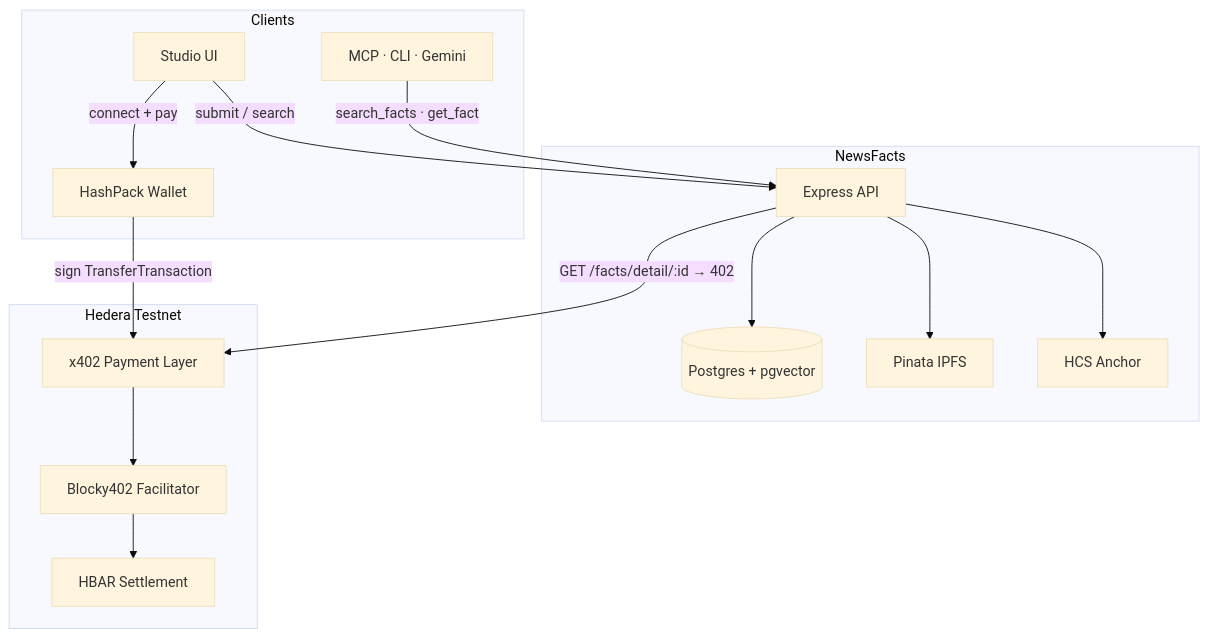
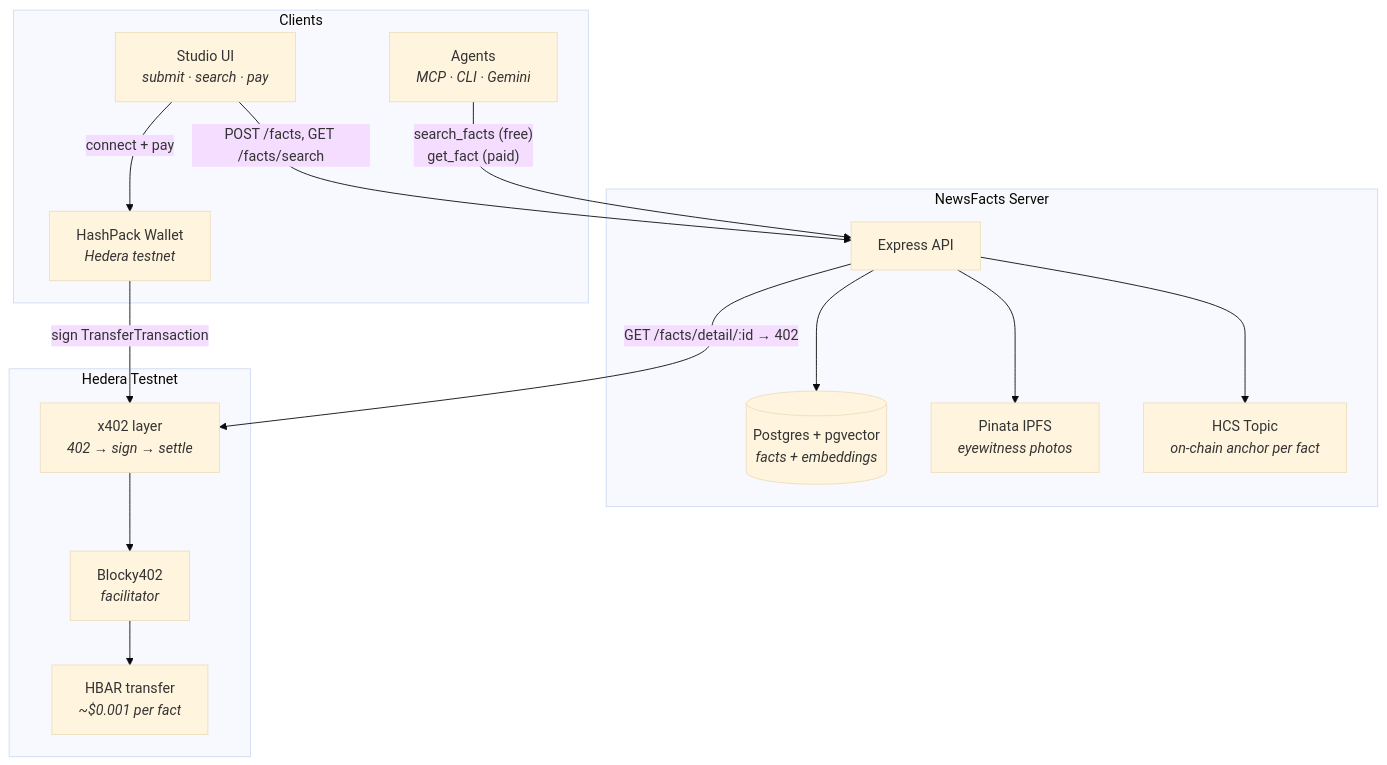
The diagram in README.md (Satianurag/newsfacts), drawn with Mermaid (base theme) before and after one commit. The commit also changed other lines of this file, not shown here.

First line of the commit message:
Expand README with project narrative, user flows, and API overview.

````diff
--- a/README.md
+++ b/README.md
@@ -13,32 +83,32 @@
 ```mermaid
 flowchart TB
   subgraph Clients
-    UI[Studio UI]
-    HP[HashPack Wallet]
-    Agent[MCP · CLI · Gemini]
+    UI["Studio UI<br/><i>submit · search · pay</i>"]
+    HP["HashPack Wallet<br/><i>Hedera testnet</i>"]
+    Agent["Agents<br/><i>MCP · CLI · Gemini</i>"]
   end
 
-  subgraph NewsFacts
-    API[Express API]
-    DB[(Postgres + pgvector)]
-    IPFS[Pinata IPFS]
-    HCS[HCS Anchor]
+  subgraph NewsFacts["NewsFacts Server"]
+    API["Express API"]
+    DB[("Postgres + pgvector<br/><i>facts + embeddings</i>")]
+    IPFS["Pinata IPFS<br/><i>eyewitness photos</i>"]
+    HCS["HCS Topic<br/><i>on-chain anchor per fact</i>"]
   end
 
   subgraph Hedera["Hedera Testnet"]
-    X402[x402 Payment Layer]
-    Facil[Blocky402 Facilitator]
-    Chain[HBAR Settlement]
+    X402["x402 layer<br/><i>402 → sign → settle</i>"]
+    Facil["Blocky402<br/><i>facilitator</i>"]
+    Chain["HBAR transfer<br/><i>~$0.001 per fact</i>"]
   end
 
-  UI -->|submit / search| API
-  UI -->|connect + pay| HP
-  HP -->|sign TransferTransaction| X402
-  Agent -->|search_facts · get_fact| API
+  UI -->|"POST /facts, GET /facts/search"| API
+  UI -->|"connect + pay"| HP
+  HP -->|"sign TransferTransaction"| X402
+  Agent -->|"search_facts (free)<br/>get_fact (paid)"| API
 
   API --> DB
   API --> IPFS
   API --> HCS
-  API -->|GET /facts/detail/:id → 402| X402
+  API -->|"GET /facts/detail/:id → 402"| X402
   X402 --> Facil --> Chain
 ```
````
